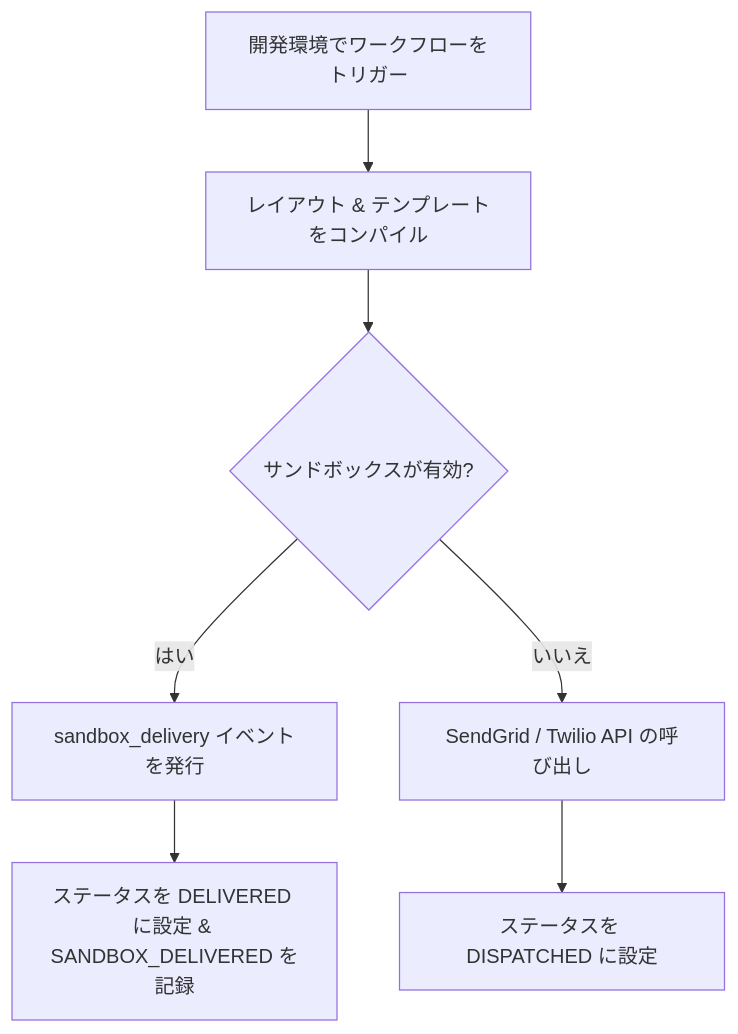
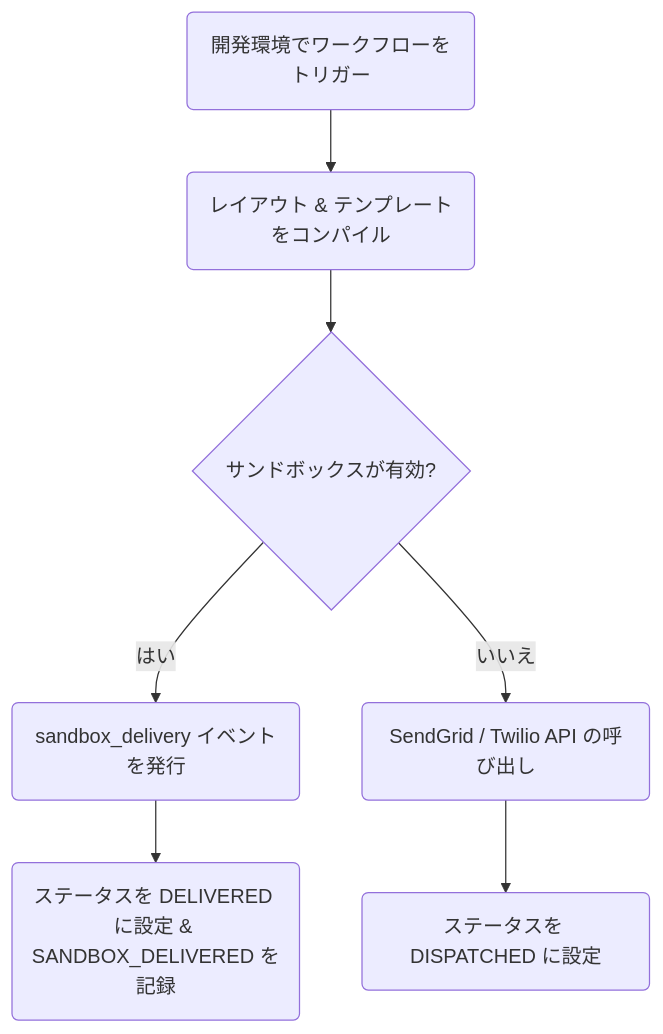
Before and after one commit to KriyanshKhunt/nexus_docs: the diagram in content/docs/ja/platform/features/sandbox.mdx, drawn with Mermaid. The commit also changed 20 other files, not shown here.

Commit message:
Handle ja Mermaid charts

````diff
--- a/content/docs/ja/platform/features/sandbox.mdx
+++ b/content/docs/ja/platform/features/sandbox.mdx
@@ -19,9 +19,9 @@
 ```mermaid
 flowchart TD
-  Trigger[開発環境でワークフローをトリガー] --> Compile[レイアウト & テンプレートをコンパイル]
+  Trigger(開発環境でワークフローをトリガー) --> Compile(レイアウト & テンプレートをコンパイル)
   Compile --> Dispatch{サンドボックスが有効?}
-  Dispatch -->|はい| Simulate[sandbox_delivery イベントを発行]
-  Simulate --> Log[ステータスを DELIVERED に設定 & SANDBOX_DELIVERED を記録]
-  Dispatch -->|いいえ| Live[SendGrid / Twilio API の呼び出し]
-  Live --> LogLive[ステータスを DISPATCHED に設定]
+  Dispatch -->|はい| Simulate(sandbox_delivery イベントを発行)
+  Simulate --> Log(ステータスを DELIVERED に設定 & SANDBOX_DELIVERED を記録)
+  Dispatch -->|いいえ| Live(SendGrid / Twilio API の呼び出し)
+  Live --> LogLive(ステータスを DISPATCHED に設定)
 ```
````
